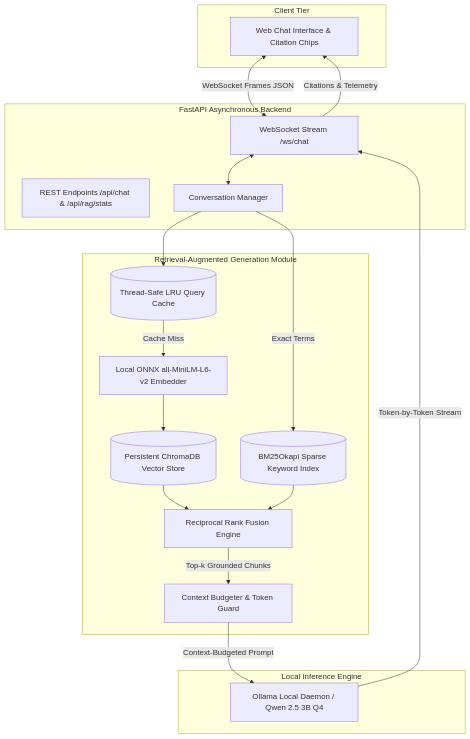
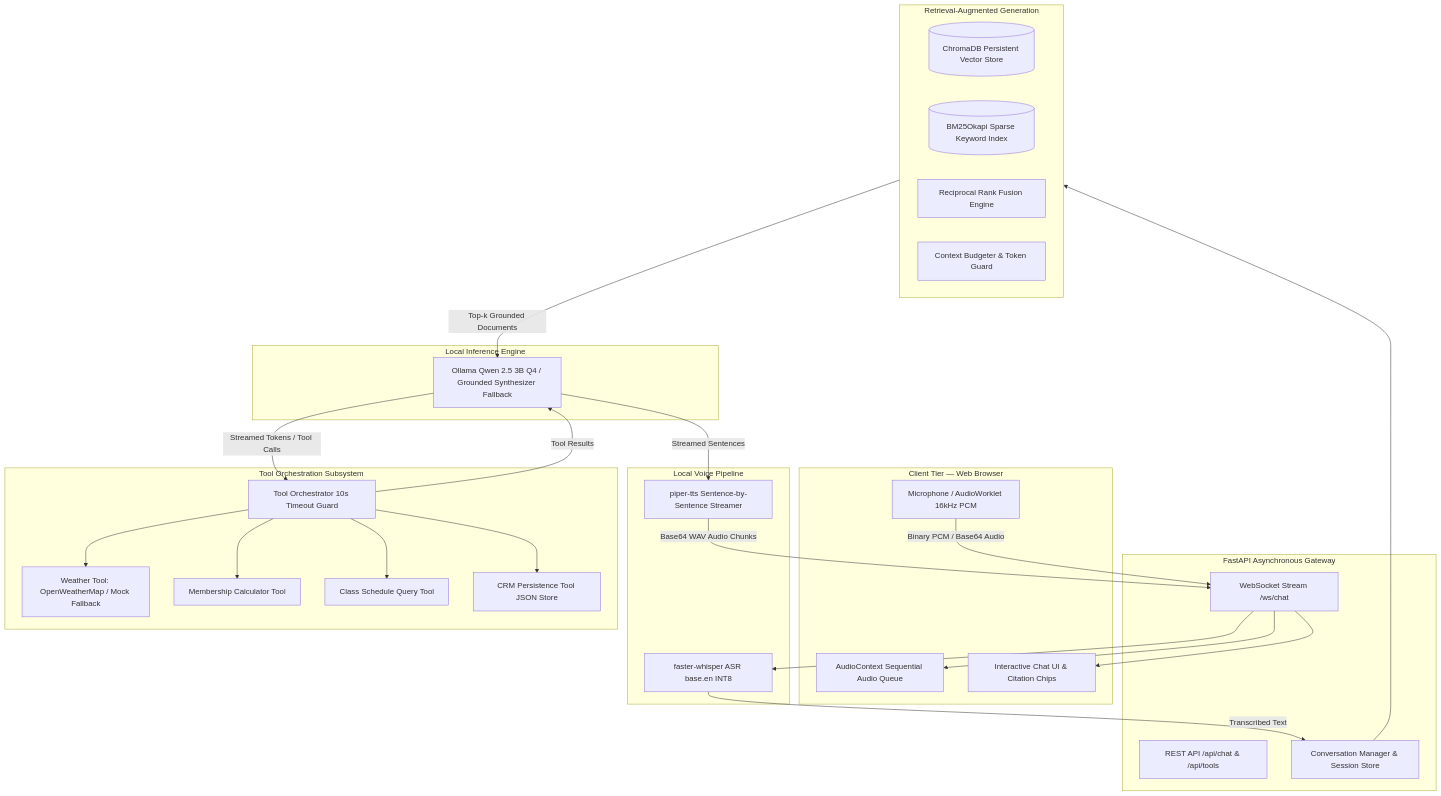
One commit to Haroon2697/NLP_A1 changed the diagram in README.md. Above: the diagram before and after it, drawn with Mermaid. The commit also changed other lines of this file and 32 other files, not shown here.

Commit message:
feat: implement core backend tools, RAG pipeline, LLM client, and frontend UI

````diff
--- a/README.md
+++ b/README.md
@@ -29,38 +32,51 @@
 ```mermaid
 flowchart TB
-    subgraph Client [Client Tier]
-        UI[Web Chat Interface & Citation Chips]
+    subgraph Client [Client Tier — Web Browser]
+        Mic[Microphone / AudioWorklet 16kHz PCM]
+        Speaker[AudioContext Sequential Audio Queue]
+        UI[Interactive Chat UI & Citation Chips]
     end
 
-    subgraph Backend [FastAPI Asynchronous Backend]
+    subgraph Backend [FastAPI Asynchronous Gateway]
         WS["WebSocket Stream /ws/chat"]
-        REST["REST Endpoints /api/chat & /api/rag/stats"]
-        CM[Conversation Manager]
+        REST["REST API /api/chat & /api/tools"]
+        CM[Conversation Manager & Session Store]
     end
 
-    subgraph RAG [Retrieval-Augmented Generation Module]
-        QCache[(Thread-Safe LRU Query Cache)]
-        Embedder[Local ONNX all-MiniLM-L6-v2 Embedder]
-        VStore[(Persistent ChromaDB Vector Store)]
+    subgraph VoicePipeline [Local Voice Pipeline]
+        ASR[faster-whisper ASR base.en INT8]
+        TTS[piper-tts Sentence-by-Sentence Streamer]
+    end
+
+    subgraph ToolOrchestration [Tool Orchestration Subsystem]
+        Orch[Tool Orchestrator 10s Timeout Guard]
+        T_Weather[Weather Tool: OpenWeatherMap / Mock Fallback]
+        T_Calc[Membership Calculator Tool]
+        T_Sched[Class Schedule Query Tool]
+        T_CRM[CRM Persistence Tool JSON Store]
+    end
+
+    subgraph RAG [Retrieval-Augmented Generation]
+        VStore[(ChromaDB Persistent Vector Store)]
         BM25[(BM25Okapi Sparse Keyword Index)]
         RRF[Reciprocal Rank Fusion Engine]
         Budgeter[Context Budgeter & Token Guard]
     end
 
-    subgraph LLM [Local Inference Engine]
-        Ollama[Ollama Local Daemon / Qwen 2.5 3B Q4]
+    subgraph Inference [Local Inference Engine]
+        LLM[Ollama Qwen 2.5 3B Q4 / Grounded Synthesizer Fallback]
     end
 
-    UI <-->|WebSocket Frames JSON| WS
-    WS <--> CM
-    CM --> QCache
-    QCache -->|Cache Miss| Embedder
-    Embedder --> VStore
-    CM -->|Exact Terms| BM25
-    VStore --> RRF
-    BM25 --> RRF
-    RRF -->|Top-k Grounded Chunks| Budgeter
-    Budgeter -->|Context-Budgeted Prompt| Ollama
-    Ollama -->|Token-by-Token Stream| WS
-    WS -->|Citations & Telemetry| UI
+    Mic -->|Binary PCM / Base64 Audio| WS
+    WS --> ASR
+    ASR -->|Transcribed Text| CM
+    CM --> RAG
+    RAG -->|Top-k Grounded Documents| LLM
+    LLM -->|Streamed Tokens / Tool Calls| Orch
+    Orch --> T_Weather & T_Calc & T_Sched & T_CRM
+    Orch -->|Tool Results| LLM
+    LLM -->|Streamed Sentences| TTS
+    TTS -->|Base64 WAV Audio Chunks| WS
+    WS --> Speaker
+    WS --> UI
 ```
````
